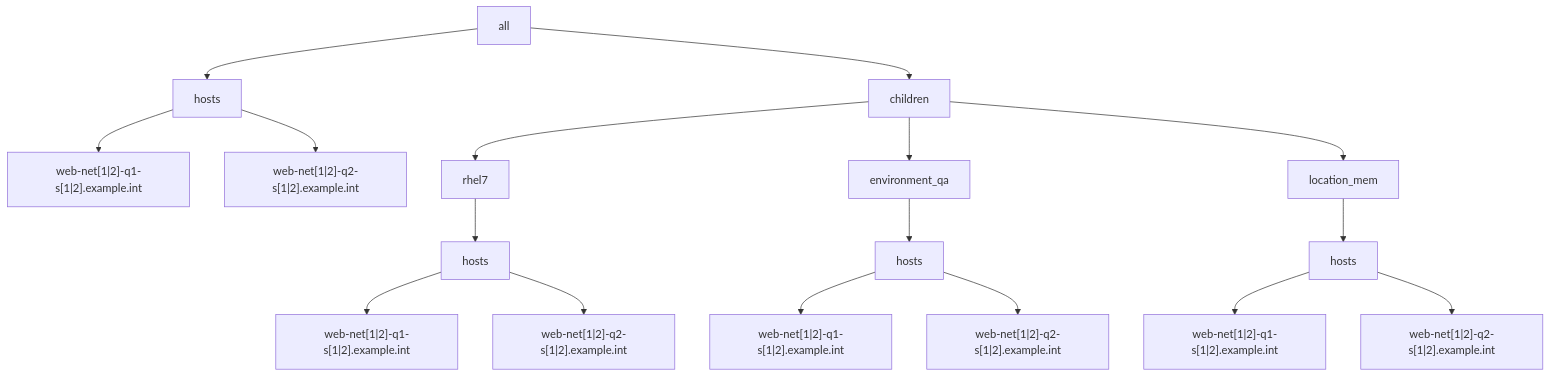
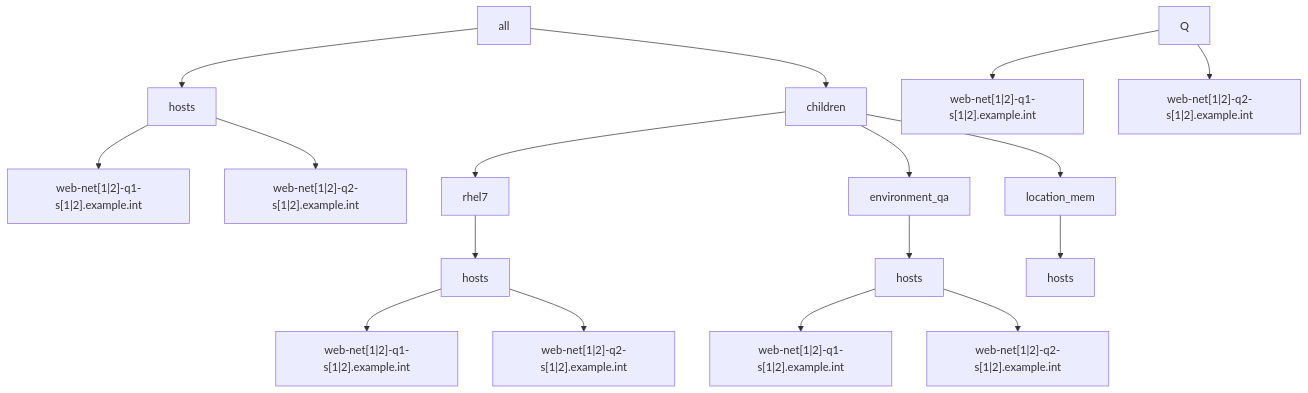
One commit to lj020326/Ansible-inventory-file-examples changed the second of 2 diagrams in tests/ansible-multiple-yaml-inventories/example3/README.md. Above: the diagram before and after it, drawn with Mermaid. The commit also changed other lines of this file, not shown here.

Commit message:
develop-lj - 	modified:   tests/ansible-multiple-yaml-inventories/example3/README.md

````diff
--- a/tests/ansible-multiple-yaml-inventories/example3/README.md
+++ b/tests/ansible-multiple-yaml-inventories/example3/README.md
@@ -33,19 +33,19 @@
 ```mermaid
 graph TD;
-    A[all] --> C[hosts]
-    A[all] --> D[children]
-    C --> I["web-net[1|2]-q1-s[1|2].example.int"]
-    C --> J["web-net[1|2]-q2-s[1|2].example.int"]
-    D --> E[rhel7]
-    D --> F[environment_qa]
-    D --> G[location_mem]
-    E --> K[hosts]
-    K --> L["web-net[1|2]-q1-s[1|2].example.int"]
-    K --> M["web-net[1|2]-q2-s[1|2].example.int"]
-    F --> N[hosts]
-    N --> O["web-net[1|2]-q1-s[1|2].example.int"]
-    N --> P["web-net[1|2]-q2-s[1|2].example.int"]
-    G --> Q[hosts]
+    A[all] --> B[hosts]
+    A[all] --> C[children]
+    B --> D["web-net[1|2]-q1-s[1|2].example.int"]
+    B --> E["web-net[1|2]-q2-s[1|2].example.int"]
+    C --> F[rhel7]
+    C --> G[environment_qa]
+    C --> H[location_mem]
+    F --> I[hosts]
+    I --> J["web-net[1|2]-q1-s[1|2].example.int"]
+    I --> K["web-net[1|2]-q2-s[1|2].example.int"]
+    G --> N[hosts]
+    N --> M["web-net[1|2]-q1-s[1|2].example.int"]
+    N --> O["web-net[1|2]-q2-s[1|2].example.int"]
+    H --> P[hosts]
     Q --> R["web-net[1|2]-q1-s[1|2].example.int"]
     Q --> S["web-net[1|2]-q2-s[1|2].example.int"]
 ```
````
